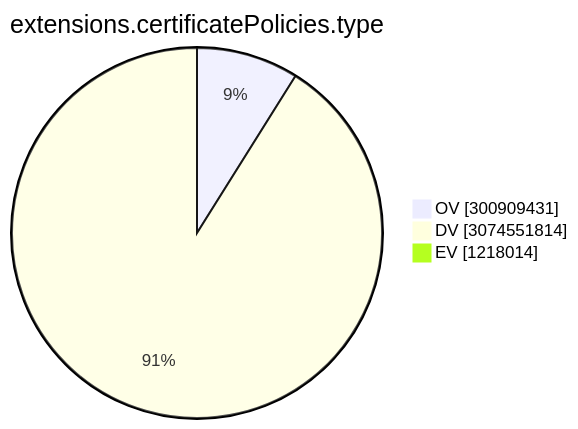
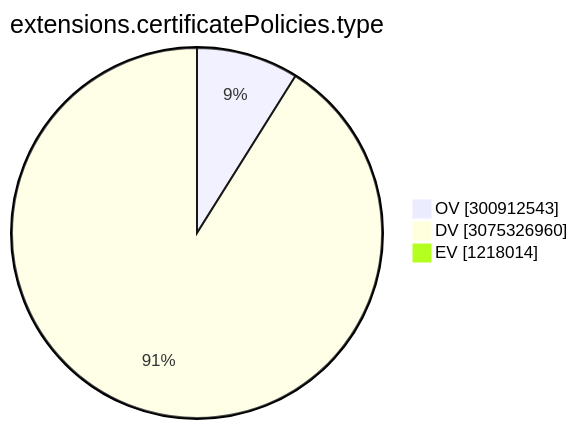
Before and after one commit to christiankrug/ctmonitor_visualization: the ninth of 15 diagrams in TOTAL/README.md, drawn with Mermaid. The commit also changed other lines of this file, not shown here.

````diff
--- a/TOTAL/README.md
+++ b/TOTAL/README.md
@@ -3102,7 +3102,7 @@
 ```mermaid
 pie showData
 title extensions.certificatePolicies.type
-"OV" :300909431
-"DV" :3074551814
+"OV" :300912543
+"DV" :3075326960
 "EV" :1218014
 ```
````
